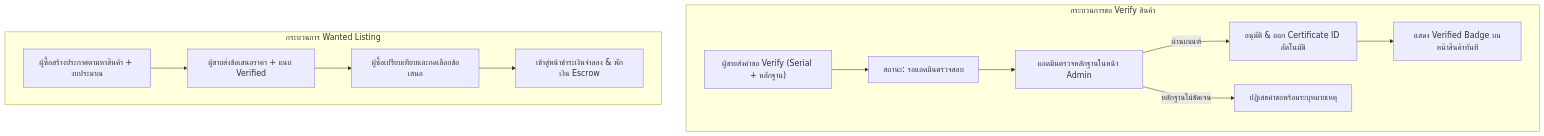
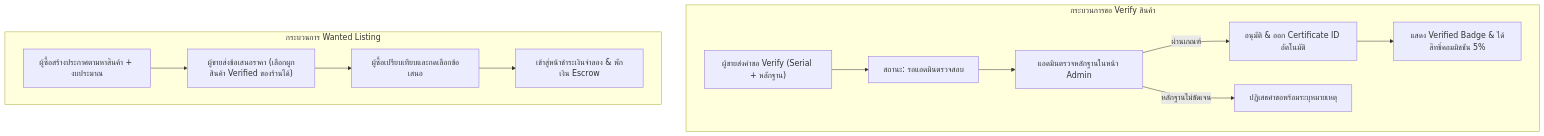
The third of 3 diagrams in CHAPTER_5_REPORT.md (marchtanu/som-jing), drawn with Mermaid before and after one commit. The commit also changed other lines of this file and 16 other files, not shown here.

````diff
--- a/CHAPTER_5_REPORT.md
+++ b/CHAPTER_5_REPORT.md
@@ -65,16 +67,16 @@
 ```mermaid
 flowchart TD
     subgraph S1 ["กระบวนการขอ Verify สินค้า"]
         V1["ผู้ขายส่งคำขอ Verify (Serial + หลักฐาน)"] --> V2["สถานะ: รอแอดมินตรวจสอบ"]
         V2 --> V3["แอดมินตรวจหลักฐานในหน้า Admin"]
         V3 -- "ผ่านเกณฑ์" --> V4["อนุมัติ & ออก Certificate ID อัตโนมัติ"]
-        V4 --> V5["แสดง Verified Badge บนหน้าสินค้าทันที"]
+        V4 --> V5["แสดง Verified Badge & ได้สิทธิ์คอมมิชชัน 5%"]
         V3 -- "หลักฐานไม่ชัดเจน" --> V6["ปฏิเสธคำขอพร้อมระบุหมายเหตุ"]
     end
 
     subgraph S2 ["กระบวนการ Wanted Listing"]
-        W1["ผู้ซื้อสร้างประกาศตามหาสินค้า + งบประมาณ"] --> W2["ผู้ขายส่งข้อเสนอราคา + แนบ Verified"]
+        W1["ผู้ซื้อสร้างประกาศตามหาสินค้า + งบประมาณ"] --> W2["ผู้ขายส่งข้อเสนอราคา (เลือกผูกสินค้า Verified ของร้านได้)"]
         W2 --> W3["ผู้ซื้อเปรียบเทียบและกดเลือกข้อเสนอ"]
         W3 --> W4["เข้าสู่หน้าชำระเงินจำลอง & พักเงิน Escrow"]
     end
 ```
````
